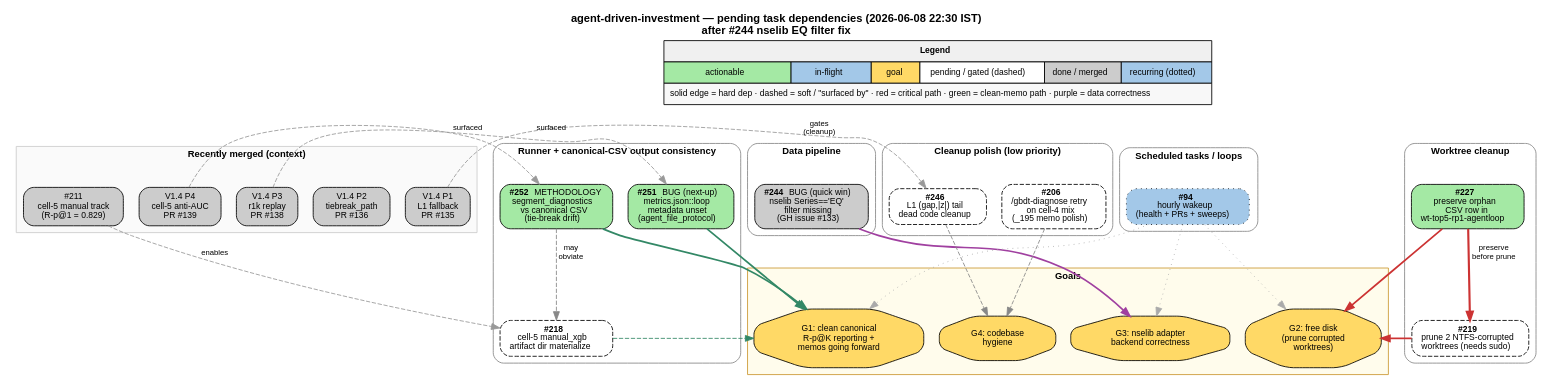
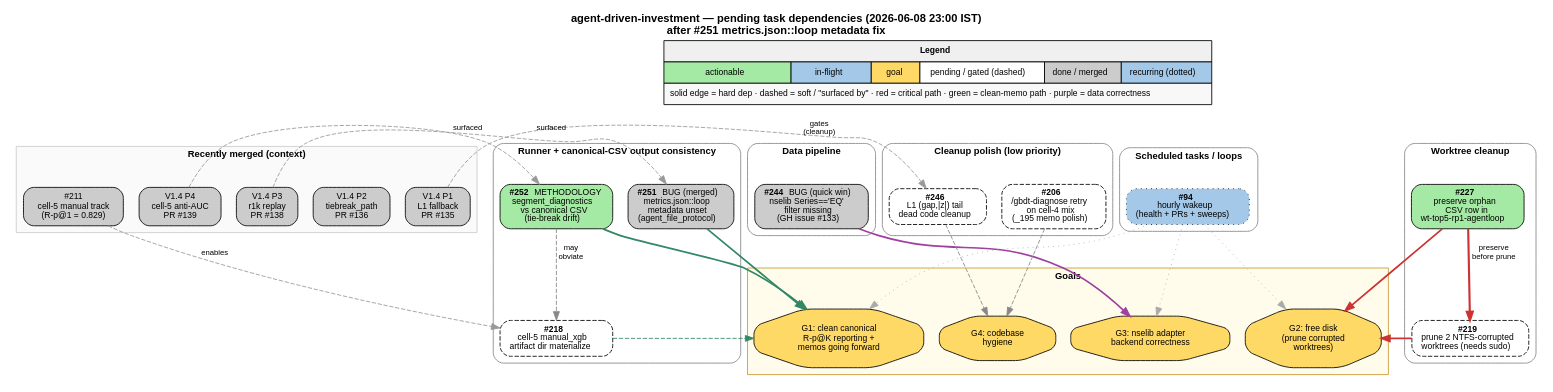
The diagram in docs/task_dependencies.dot (shayanrc/agent-driven-investment), drawn with Graphviz before and after one commit. The commit also changed 6 other files, not shown here.

```diff
--- a/docs/task_dependencies.dot
+++ b/docs/task_dependencies.dot
@@ -1,153 +1,153 @@
 digraph tasks {
   rankdir=TB;
   fontname="Helvetica";
   bgcolor="white";
   node [fontname="Helvetica", fontsize=10, shape=box, style="rounded,filled", margin="0.15,0.08"];
   edge [fontname="Helvetica", fontsize=9];
-  graph [labelloc="t", label="agent-driven-investment — pending task dependencies (2026-06-08 22:30 IST)\nafter #244 nselib EQ filter fix", fontsize=13, fontname="Helvetica-Bold"];
+  graph [labelloc="t", label="agent-driven-investment — pending task dependencies (2026-06-08 23:00 IST)\nafter #251 metrics.json::loop metadata fix", fontsize=13, fontname="Helvetica-Bold"];
 
   // Legend in isolated top rank
   {
     rank=source;
     legend [shape=none, margin=0, label=<
       <TABLE BORDER="0" CELLBORDER="1" CELLSPACING="0" CELLPADDING="6">
         <TR><TD COLSPAN="6" BGCOLOR="#f0f0f0"><B>Legend</B></TD></TR>
         <TR>
           <TD BGCOLOR="#a4e9a4">actionable</TD>
           <TD BGCOLOR="#a3c8e8">in-flight</TD>
           <TD BGCOLOR="#ffd966">goal</TD>
           <TD BGCOLOR="#ffffff">pending / gated (dashed)</TD>
           <TD BGCOLOR="#cccccc">done / merged</TD>
           <TD BGCOLOR="#a3c8e8">recurring (dotted)</TD>
         </TR>
         <TR><TD COLSPAN="6" BGCOLOR="#f8f8f8">solid edge = hard dep · dashed = soft / "surfaced by" · red = critical path · green = clean-memo path · purple = data correctness</TD></TR>
       </TABLE>
     >];
   }
 
   // Done cluster
   subgraph cluster_done {
     label = "Recently merged (context)";
     style = "filled";
     fillcolor = "#fafafa";
     color = "#cccccc";
     fontname = "Helvetica-Bold";
     fontsize = 11;
 
     v14p1 [label="V1.4 P1\nL1 fallback\nPR #135", fillcolor="#cccccc"];
     v14p2 [label="V1.4 P2\ntiebreak_path\nPR #136", fillcolor="#cccccc"];
     v14p3 [label="V1.4 P3\nr1k replay\nPR #138", fillcolor="#cccccc"];
     v14p4 [label="V1.4 P4\ncell-5 anti-AUC\nPR #139", fillcolor="#cccccc"];
     cell5_manual [label="#211\ncell-5 manual track\n(R-p@1 = 0.829)", fillcolor="#cccccc"];
   }
 
   // Runner / methodology cluster
   subgraph cluster_runner {
     label = "Runner + canonical-CSV output consistency";
     style = "rounded";
     color = "#888888";
     fontname = "Helvetica-Bold";
     fontsize = 11;
 
-    t251 [label=<<B>#251</B> BUG (next-up)<BR/>metrics.json::loop<BR/>metadata unset<BR/>(agent_file_protocol)>, fillcolor="#a4e9a4"];
+    t251 [label=<<B>#251</B> BUG (merged)<BR/>metrics.json::loop<BR/>metadata unset<BR/>(agent_file_protocol)>, fillcolor="#cccccc"];
     t252 [label=<<B>#252</B> METHODOLOGY<BR/>segment_diagnostics<BR/>vs canonical CSV<BR/>(tie-break drift)>, fillcolor="#a4e9a4"];
     t218 [label=<<B>#218</B><BR/>cell-5 manual_xgb<BR/>artifact dir materialize>, fillcolor="#ffffff", style="rounded,filled,dashed"];
   }
 
   // Data pipeline
   subgraph cluster_data {
     label = "Data pipeline";
     style = "rounded";
     color = "#888888";
     fontname = "Helvetica-Bold";
     fontsize = 11;
 
     t244 [label=<<B>#244</B> BUG (quick win)<BR/>nselib Series=='EQ'<BR/>filter missing<BR/>(GH issue #133)>, fillcolor="#cccccc"];
   }
 
   // Worktree cleanup cluster
   subgraph cluster_worktree {
     label = "Worktree cleanup";
     style = "rounded";
     color = "#888888";
     fontname = "Helvetica-Bold";
     fontsize = 11;
 
     t227 [label=<<B>#227</B><BR/>preserve orphan<BR/>CSV row in<BR/>wt-top5-rp1-agentloop>, fillcolor="#a4e9a4"];
     t219 [label=<<B>#219</B><BR/>prune 2 NTFS-corrupted<BR/>worktrees (needs sudo)>, fillcolor="#ffffff", style="rounded,filled,dashed"];
   }
 
   // Cleanup polish
   subgraph cluster_cleanup {
     label = "Cleanup polish (low priority)";
     style = "rounded";
     color = "#888888";
     fontname = "Helvetica-Bold";
     fontsize = 11;
 
     t246 [label=<<B>#246</B><BR/>L1 (gap,|z|) tail<BR/>dead code cleanup>, fillcolor="#ffffff", style="rounded,filled,dashed"];
     t206 [label=<<B>#206</B><BR/>/gbdt-diagnose retry<BR/>on cell-4 mix<BR/>(_195 memo polish)>, fillcolor="#ffffff", style="rounded,filled,dashed"];
   }
 
   // Scheduled / recurring
   subgraph cluster_recurring {
     label = "Scheduled tasks / loops";
     style = "rounded";
     color = "#888888";
     fontname = "Helvetica-Bold";
     fontsize = 11;
 
     t94 [label=<<B>#94</B><BR/>hourly wakeup<BR/>(health + PRs + sweeps)>, fillcolor="#a3c8e8", style="rounded,filled,dotted"];
   }
 
   // Goals
   subgraph cluster_goals {
     label = "Goals";
     style = "filled";
     fillcolor = "#fffcec";
     color = "#cc9933";
     fontname = "Helvetica-Bold";
     fontsize = 11;
 
     g1 [label="G1: clean canonical\nR-p@K reporting +\nmemos going forward", fillcolor="#ffd966", shape=octagon];
     g2 [label="G2: free disk\n(prune corrupted\nworktrees)", fillcolor="#ffd966", shape=octagon];
     g3 [label="G3: nselib adapter\nbackend correctness", fillcolor="#ffd966", shape=octagon];
     g4 [label="G4: codebase\nhygiene", fillcolor="#ffd966", shape=octagon];
   }
 
   // Invisible anchor edges (legend → cluster tops)
   legend -> v14p1 [style="invis", weight=100];
   legend -> t251 [style="invis", weight=100];
   legend -> t244 [style="invis", weight=100];
   legend -> t227 [style="invis", weight=100];
   legend -> t246 [style="invis", weight=100];
   legend -> t94 [style="invis", weight=100];
   legend -> g1 [style="invis", weight=100];
 
   // Done → pending: "surfaced by" / "gates" edges
   v14p3 -> t251 [style="dashed", color="#999999", label="surfaced"];
   v14p4 -> t252 [style="dashed", color="#999999", label="surfaced"];
   v14p1 -> t246 [style="dashed", color="#999999", label="gates\n(cleanup)"];
   cell5_manual -> t218 [style="dashed", color="#999999", label="enables"];
 
   // Hard deps within pending
   t227 -> t219 [color="#cc3333", penwidth=2.5, label="preserve\nbefore prune"];
 
   // Soft deps: #252 may obviate #218
   t252 -> t218 [style="dashed", color="#888888", label="may\nobviate"];
 
   // Pending → goals (colored per workstream)
   t251 -> g1 [color="#338866", penwidth=2];
   t252 -> g1 [color="#338866", penwidth=2];
   t218 -> g1 [style="dashed", color="#338866"];
   t227 -> g2 [color="#cc3333", penwidth=2];
   t219 -> g2 [color="#cc3333", penwidth=2];
   t244 -> g3 [color="#a040a0", penwidth=2];
   t246 -> g4 [style="dashed", color="#888888"];
   t206 -> g4 [style="dashed", color="#888888"];
 
   // Recurring task supervises (dotted)
   t94 -> g1 [style="dotted", color="#aaaaaa"];
   t94 -> g2 [style="dotted", color="#aaaaaa"];
   t94 -> g3 [style="dotted", color="#aaaaaa"];
 }
```
